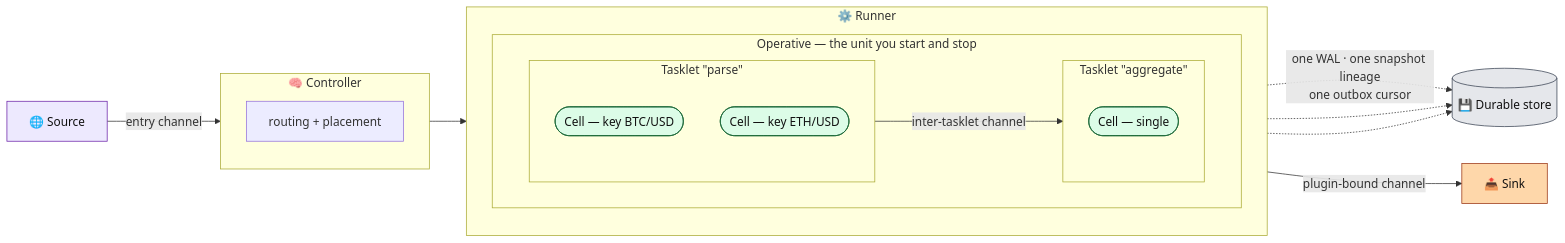
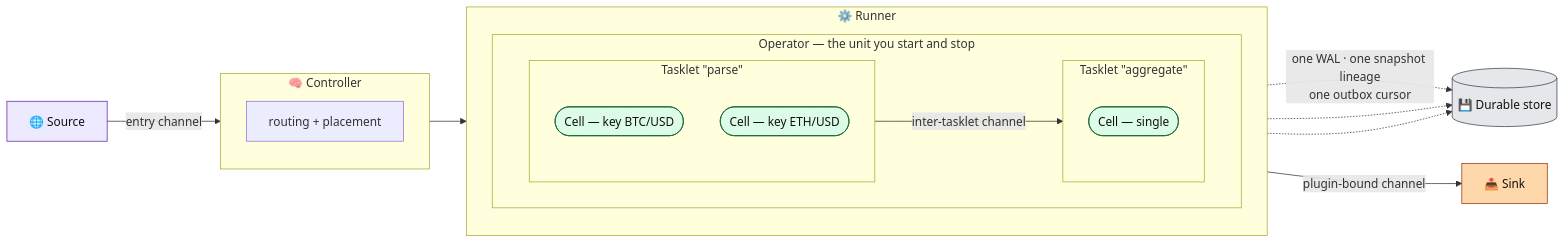
The first of 9 diagrams in docs/architecture/README.md (Flezha/flezha), drawn with Mermaid before and after one commit. The commit also changed other lines of this file and 929 other files, not shown here.

First line of the commit message:
Rename Operative to Operator, and its kinds to unbounded and bounded

````diff
--- a/docs/architecture/README.md
+++ b/docs/architecture/README.md
@@ -54,36 +54,36 @@
 ```mermaid
 flowchart LR
     SRC["🌐 Source"]:::src
     subgraph CTRL["🧠 Controller"]
         direction TB
         ROUTE["routing + placement"]
     end
     subgraph RUN["⚙️ Runner"]
         direction TB
-        subgraph OPV["Operative — the unit you start and stop"]
+        subgraph OPV["Operator — the unit you start and stop"]
             direction LR
             subgraph P1["Tasklet &quot;parse&quot;"]
                 direction TB
                 E1(["Cell — key BTC/USD"]):::leaf
                 E2(["Cell — key ETH/USD"]):::leaf
             end
             subgraph P2["Tasklet &quot;aggregate&quot;"]
                 direction TB
                 E3(["Cell — single"]):::leaf
             end
         end
     end
     SINK["📤 Sink"]:::sink
     SRC -->|"entry channel"| ROUTE
     ROUTE --> P1
     P1 -->|"inter-tasklet channel"| P2
     P2 -->|"plugin-bound channel"| SINK
     E1 -.->|"one WAL · one snapshot lineage<br/>one outbox cursor"| D[("💾 Durable store")]:::store
     E2 -.-> D
     E3 -.-> D
     classDef ctrl fill:#dbeafe,stroke:#1e40af,color:#111
     classDef sink fill:#fed7aa,stroke:#9a3412,color:#111
     classDef src fill:#ede9fe,stroke:#6b21a8,color:#111
     classDef store fill:#e5e7eb,stroke:#374151,color:#111
     classDef leaf fill:#dcfce7,stroke:#166534,color:#111
 ```
````
